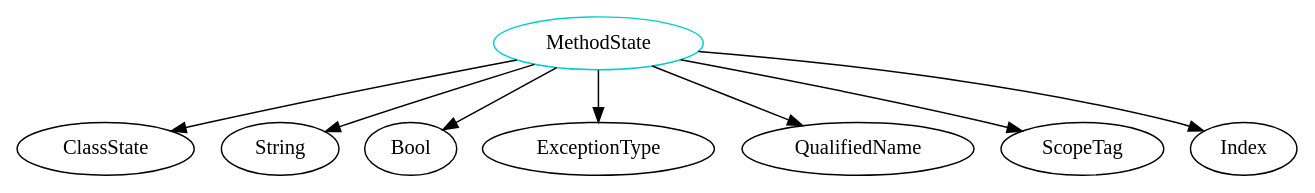
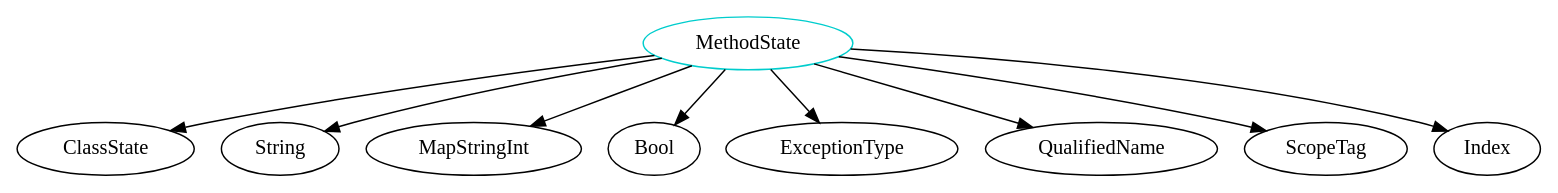
Before and after one commit to JacquesCarette/Drasil: the diagram in analysis/TypeDependencyGraphs/gool/MethodState.dot, drawn with Graphviz. The commit also changed 354 other files, not shown here.

```diff
--- a/analysis/TypeDependencyGraphs/gool/MethodState.dot
+++ b/analysis/TypeDependencyGraphs/gool/MethodState.dot
@@ -1,10 +1,11 @@
 digraph methodstate{
 MethodState	[shape=oval, color=cyan3, label="MethodState"];
 MethodState -> ClassState;
 MethodState -> String;
+MethodState -> MapStringInt;
 MethodState -> Bool;
 MethodState -> ExceptionType;
 MethodState -> QualifiedName;
 MethodState -> ScopeTag;
 MethodState -> Index;
 }
```
